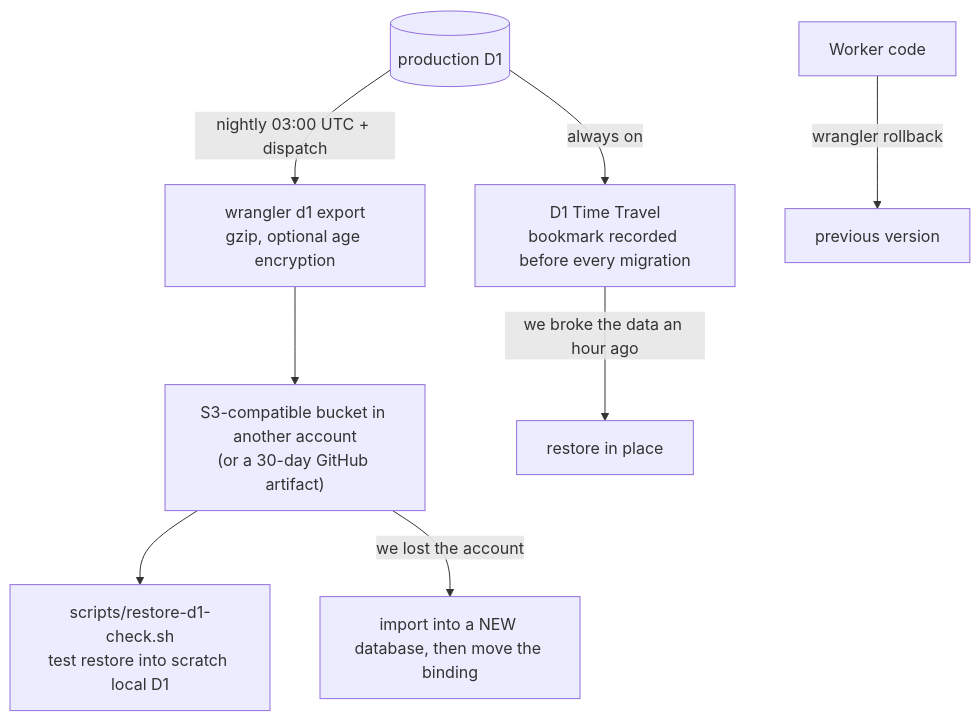
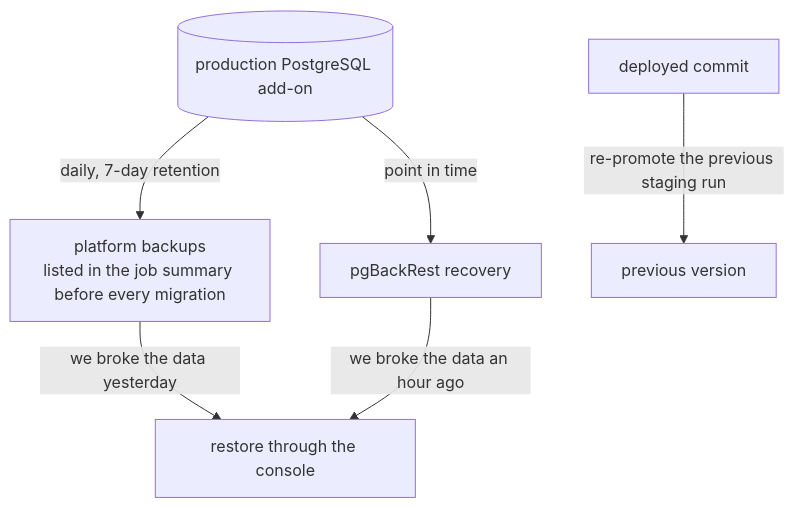
Diagram 14 of 14 in ARCHITECTURE.md (anbergem/seating-arrangement), drawn with Mermaid before and after one commit. The commit also changed other lines of this file and 102 other files, not shown here.

````diff
--- a/ARCHITECTURE.md
+++ b/ARCHITECTURE.md
@@ -617,11 +612,9 @@
 ```mermaid
 flowchart TB
-  PROD[("production D1")]
-  PROD -->|"always on"| TT["D1 Time Travel<br/>bookmark recorded before every migration"]
-  PROD -->|"nightly 03:00 UTC + dispatch"| EXP["wrangler d1 export<br/>gzip, optional age encryption"]
-  EXP --> DEST["S3-compatible bucket in another account<br/>(or a 30-day GitHub artifact)"]
-  DEST --> CHK["scripts/restore-d1-check.sh<br/>test restore into scratch local D1"]
-  TT -->|"we broke the data an hour ago"| R1["restore in place"]
-  DEST -->|"we lost the account"| R2["import into a NEW database, then move the binding"]
-  WORKER["Worker code"] -->|"wrangler rollback"| RB["previous version"]
+  PROD[("production PostgreSQL add-on")]
+  PROD -->|"daily, 7-day retention"| BK["platform backups<br/>listed in the job summary before every migration"]
+  PROD -->|"point in time"| PITR["pgBackRest recovery"]
+  BK -->|"we broke the data yesterday"| R1["restore through the console"]
+  PITR -->|"we broke the data an hour ago"| R1
+  CODE["deployed commit"] -->|"re-promote the previous staging run"| RB["previous version"]
 ```
````
